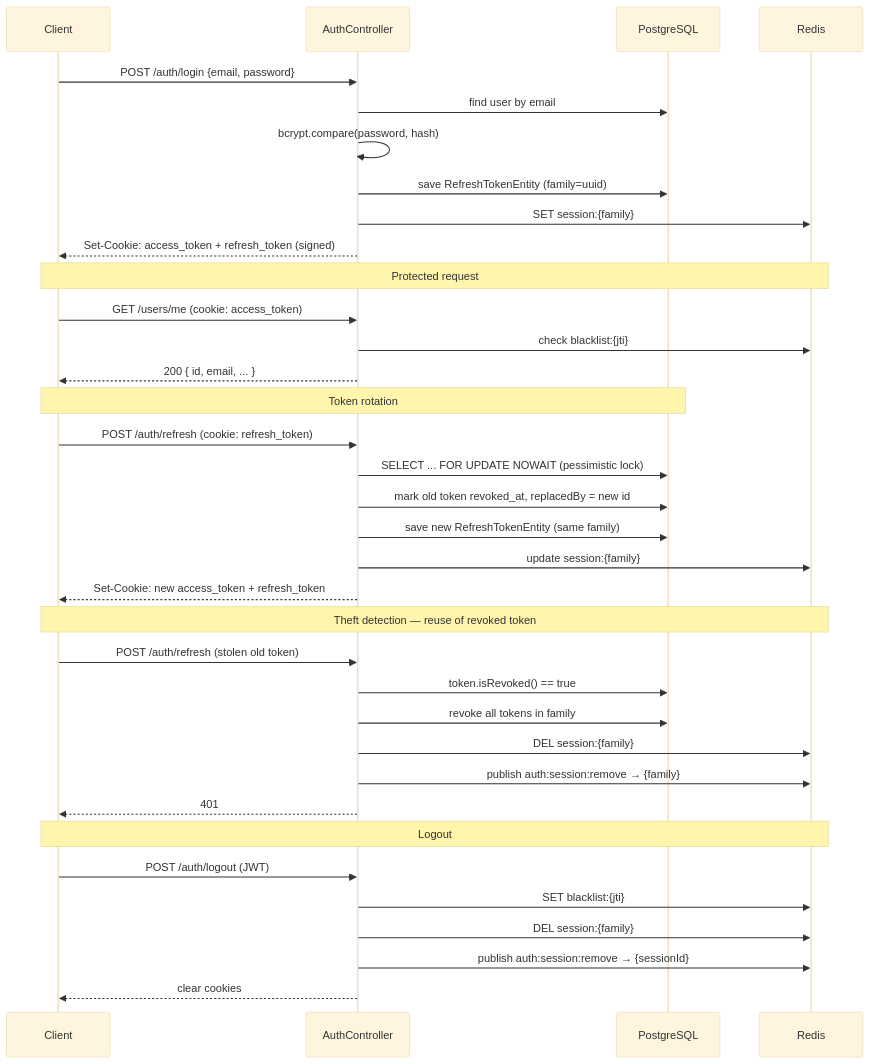
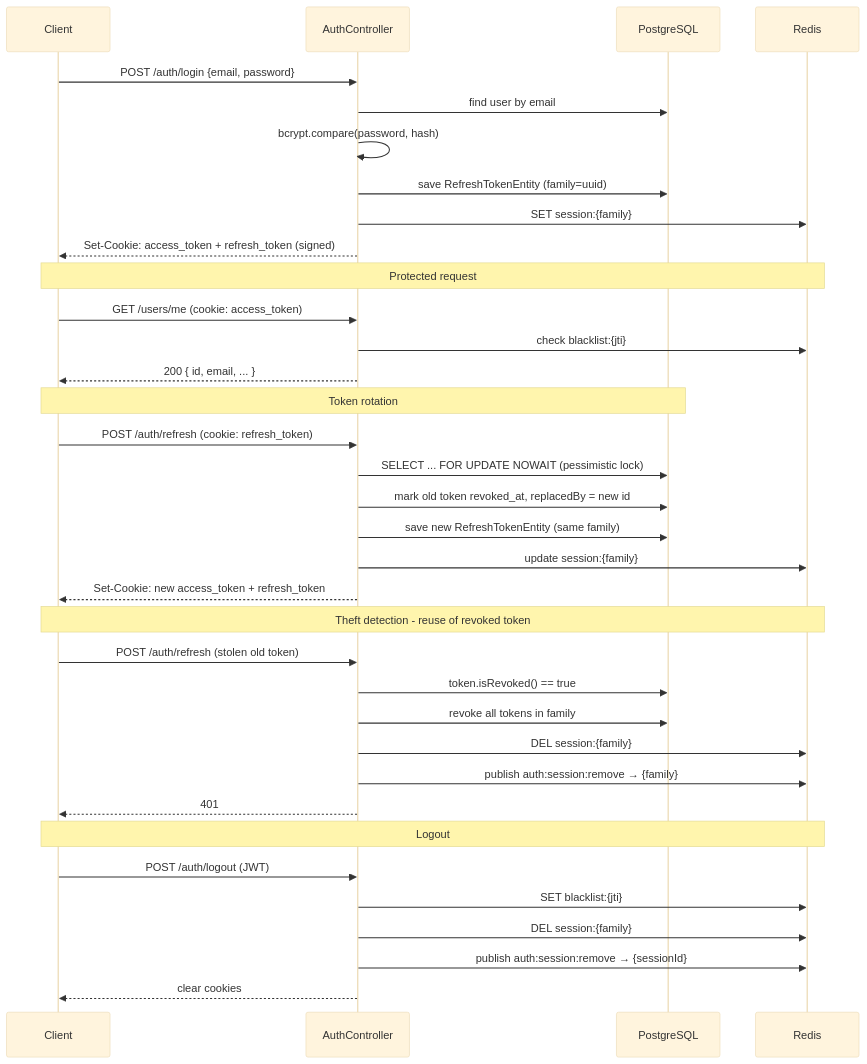
The second of 6 diagrams in README.md (Bartosz-Sniezek/energy-trading), drawn with Mermaid (base theme) before and after one commit. The commit also changed other lines of this file, not shown here.

````diff
--- a/README.md
+++ b/README.md
@@ -155,42 +155,42 @@
 ```mermaid
 sequenceDiagram
     participant C as Client
     participant API as AuthController
     participant DB as PostgreSQL
     participant R as Redis
 
     C->>API: POST /auth/login {email, password}
     API->>DB: find user by email
     API->>API: bcrypt.compare(password, hash)
     API->>DB: save RefreshTokenEntity (family=uuid)
     API->>R: SET session:{family}
     API-->>C: Set-Cookie: access_token + refresh_token (signed)
 
     Note over C,R: Protected request
     C->>API: GET /users/me (cookie: access_token)
     API->>R: check blacklist:{jti}
     API-->>C: 200 { id, email, ... }
 
     Note over C,DB: Token rotation
     C->>API: POST /auth/refresh (cookie: refresh_token)
     API->>DB: SELECT ... FOR UPDATE NOWAIT (pessimistic lock)
     API->>DB: mark old token revoked_at, replacedBy = new id
     API->>DB: save new RefreshTokenEntity (same family)
     API->>R: update session:{family}
     API-->>C: Set-Cookie: new access_token + refresh_token
 
-    Note over C,R: Theft detection — reuse of revoked token
+    Note over C,R: Theft detection - reuse of revoked token
     C->>API: POST /auth/refresh (stolen old token)
     API->>DB: token.isRevoked() == true
     API->>DB: revoke all tokens in family
     API->>R: DEL session:{family}
     API->>R: publish auth:session:remove → {family}
     API-->>C: 401
 
     Note over C,R: Logout
     C->>API: POST /auth/logout (JWT)
     API->>R: SET blacklist:{jti}
     API->>R: DEL session:{family}
     API->>R: publish auth:session:remove → {sessionId}
     API-->>C: clear cookies
 ```
````
